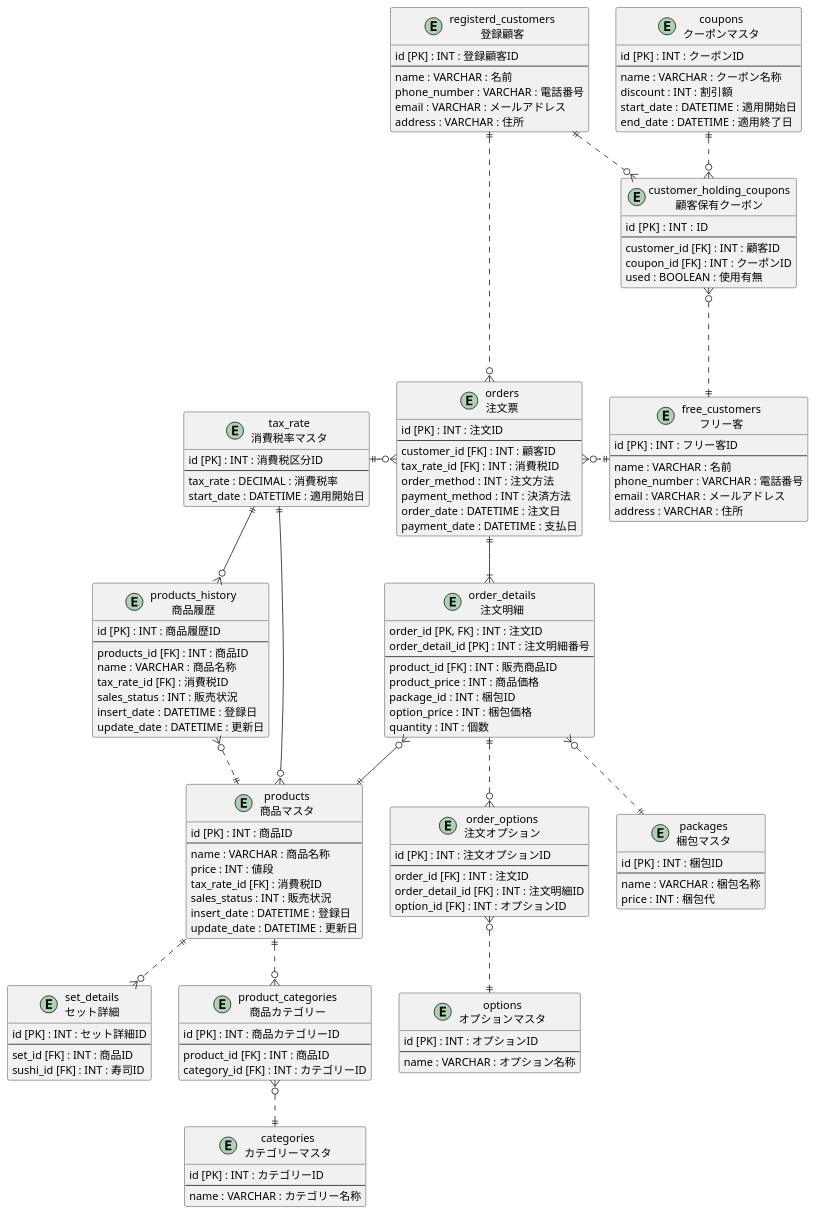
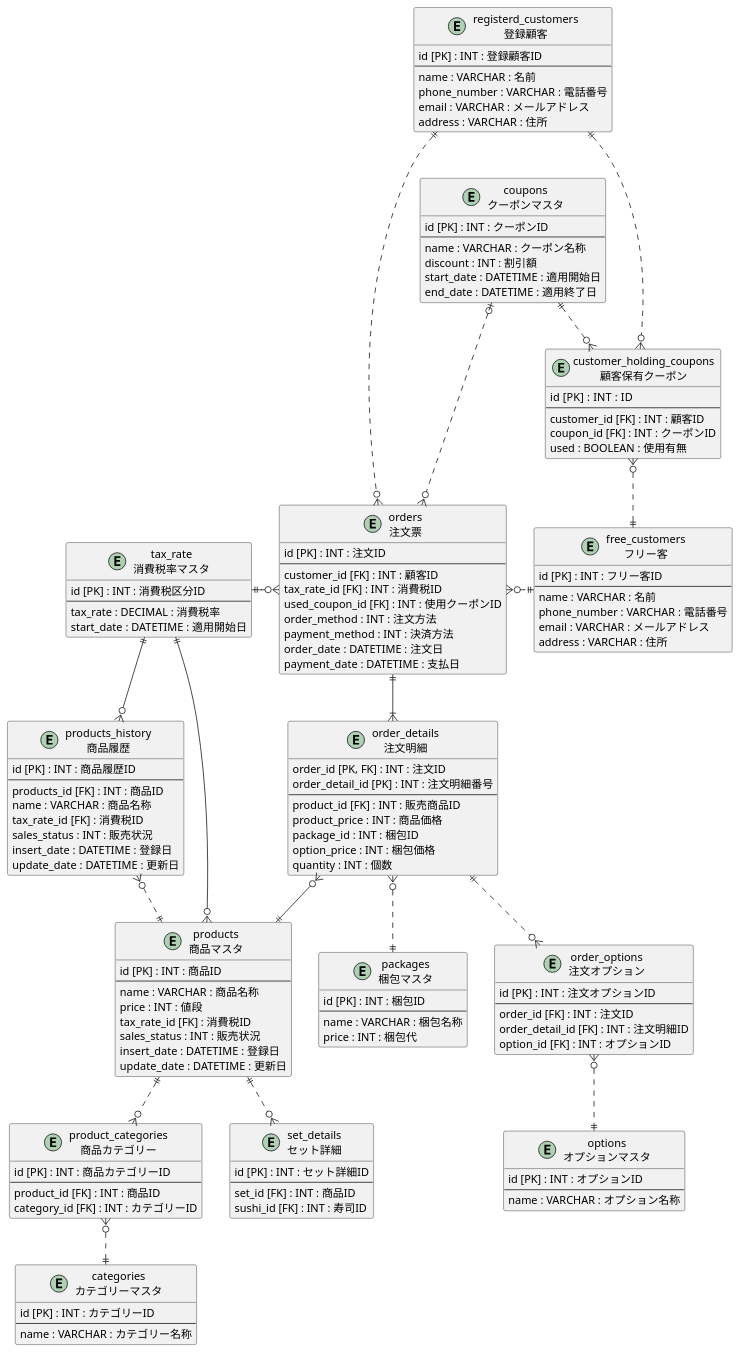
One commit to praha-inc/praha-challenge-7 changed the diagram in I84PdeRyF2ApGF/db_modeling01/task_03/db_modeling03.pu. Above: the diagram before and after it, drawn with PlantUML.

Commit message:
[Fix] connection orders with coupons

```diff
--- a/I84PdeRyF2ApGF/db_modeling01/task_03/db_modeling03.pu
+++ b/I84PdeRyF2ApGF/db_modeling01/task_03/db_modeling03.pu
@@ -1,161 +1,163 @@
 @startuml dbModeling1
     Entity "tax_rate\n消費税率マスタ" as tax_rate{
         id [PK] : INT : 消費税区分ID
         --
         tax_rate : DECIMAL : 消費税率
         start_date : DATETIME : 適用開始日
     }
 
     Entity "free_customers\nフリー客" as f_c {
         id [PK] : INT : フリー客ID
         --
         name : VARCHAR : 名前
         phone_number : VARCHAR : 電話番号
         email : VARCHAR : メールアドレス
         address : VARCHAR : 住所
     }
 
     Entity "registerd_customers\n登録顧客" as r_c{
         id [PK] : INT : 登録顧客ID
         --
         name : VARCHAR : 名前
         phone_number : VARCHAR : 電話番号
         email : VARCHAR : メールアドレス
         address : VARCHAR : 住所
     }
 
     Entity "customer_holding_coupons\n顧客保有クーポン" as c_h_c{
         id [PK] : INT :  ID
         --
         customer_id [FK] : INT : 顧客ID
         coupon_id [FK] : INT : クーポンID
         used : BOOLEAN : 使用有無
     }
 
     Entity "coupons\nクーポンマスタ" as c_m{
         id [PK] : INT : クーポンID
         --
         name : VARCHAR : クーポン名称
         discount : INT : 割引額
         start_date : DATETIME : 適用開始日
         end_date : DATETIME : 適用終了日
     }
 
     Entity "orders\n注文票" as orders {
         id [PK] : INT : 注文ID
         --
         customer_id [FK] : INT : 顧客ID
         tax_rate_id [FK] : INT : 消費税ID
+        used_coupon_id [FK] : INT : 使用クーポンID
         order_method : INT : 注文方法
         payment_method : INT : 決済方法
         order_date : DATETIME : 注文日
         payment_date : DATETIME : 支払日
     }
 
     Entity "order_details\n注文明細" as order_details {
         order_id [PK, FK] : INT : 注文ID 
         order_detail_id [PK] : INT : 注文明細番号 
         --
         product_id [FK] : INT : 販売商品ID
         product_price : INT : 商品価格
         package_id : INT : 梱包ID 
         option_price : INT : 梱包価格
         quantity : INT : 個数
     }
 
     Entity "order_options\n注文オプション" as options {
         id [PK] : INT : 注文オプションID
         --
         order_id [FK] : INT : 注文ID
         order_detail_id [FK] : INT : 注文明細ID
         option_id [FK] : INT : オプションID
     }
 
     Entity "options\nオプションマスタ" as om{
         id [PK] : INT : オプションID
         --
         name : VARCHAR : オプション名称
     }
 
     Entity "packages\n梱包マスタ" as p_o{
         id [PK] : INT : 梱包ID
         --
         name : VARCHAR : 梱包名称
         price : INT : 梱包代
     }
-    
+
     Entity "products\n商品マスタ" as s_p{
         id [PK] : INT : 商品ID
         --
         name : VARCHAR : 商品名称
         price : INT : 値段
         tax_rate_id [FK] : 消費税ID
         sales_status : INT : 販売状況
         insert_date : DATETIME : 登録日
         update_date : DATETIME : 更新日
     }
 
     Entity "products_history\n商品履歴" as p_h {
         id [PK] : INT : 商品履歴ID
         --
         products_id [FK] : INT : 商品ID
         name : VARCHAR : 商品名称
         tax_rate_id [FK] : 消費税ID
         sales_status : INT : 販売状況
         insert_date : DATETIME : 登録日
         update_date : DATETIME : 更新日
     }
 
     Entity "set_details\nセット詳細" as s_d{
         id [PK] : INT : セット詳細ID
         --
         set_id [FK] : INT : 商品ID
         sushi_id [FK] : INT : 寿司ID
     }
 
     Entity "categories\nカテゴリーマスタ" as c {
         id [PK] : INT : カテゴリーID
         --
         name : VARCHAR : カテゴリー名称
     }
 
     Entity "product_categories\n商品カテゴリー" as pc {
         id [PK] : INT : 商品カテゴリーID
         --
         product_id [FK] : INT : 商品ID
         category_id [FK] : INT : カテゴリーID
     }
 
     orders }o..r..|| f_c
     r_c ||....o{ orders
     orders ||-d-|{ order_details
     orders }o-l-|| tax_rate
     order_details }o--|| s_p
     tax_rate ||--o{ s_p
     tax_rate ||--o{ p_h
     s_p ||..o{ pc
     pc }o..|| c
     s_p ||..o{ s_d
     order_details ||..o{ options
     options }o..|| om
     s_p ||..l..o{ p_h 
     order_details }o..|| p_o
     ' p_o ||..o{ p_o_h
     r_c ||..o{ c_h_c
     c_h_c }o..|| f_c
     c_m ||..o{ c_h_c
+    c_m |o..o{orders
 
     ' * 主キー
     ' + 外部キー
     ' カラム名 : 型 : 説明
 
     ' 1対０また1
     ' A ||--o| B
     ' 1対1
     ' A ||--|| B
     ' 1対0以上
     ' A ||--o{ B
     ' 1対1以上
     ' A ||--|{ B
 
 @enduml
```
